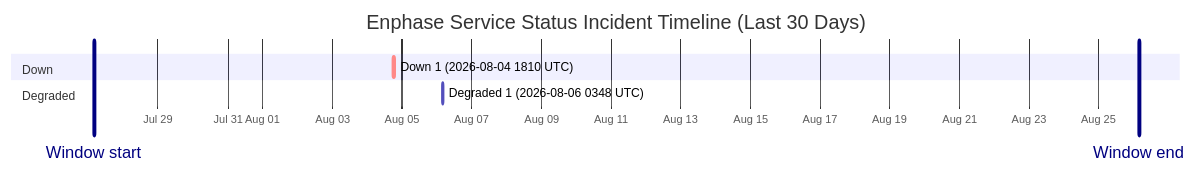
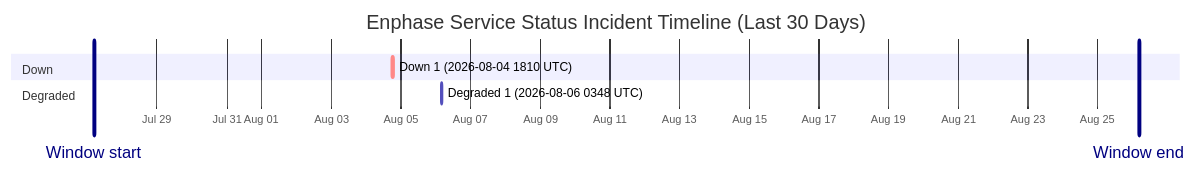
Before and after one commit to barneyonline/ha-enphase-energy: the diagram in wiki/Service-Status-History.md, drawn with Mermaid. The commit also changed other lines of this file and 3 other files, not shown here.

````diff
--- a/wiki/Service-Status-History.md
+++ b/wiki/Service-Status-History.md
@@ -14,12 +14,12 @@
 ```mermaid
 gantt
     title Enphase Service Status Incident Timeline (Last 30 Days)
     dateFormat  YYYY-MM-DDTHH:mm:ss
     axisFormat  %b %d
-    Window start :vert, window-start, 2026-07-27T03:52:07, 0ms
-    Window end :vert, window-end, 2026-08-26T03:52:07, 0ms
+    Window start :vert, window-start, 2026-07-27T04:36:48, 0ms
+    Window end :vert, window-end, 2026-08-26T04:36:48, 0ms
     section Down
     Down 1 (2026-08-04 1810 UTC) :crit, down-1, 2026-08-04T18:10:46, 60m
     section Degraded
     Degraded 1 (2026-08-06 0348 UTC) :active, degraded-1, 2026-08-06T03:48:14, 60m
 ```
````
